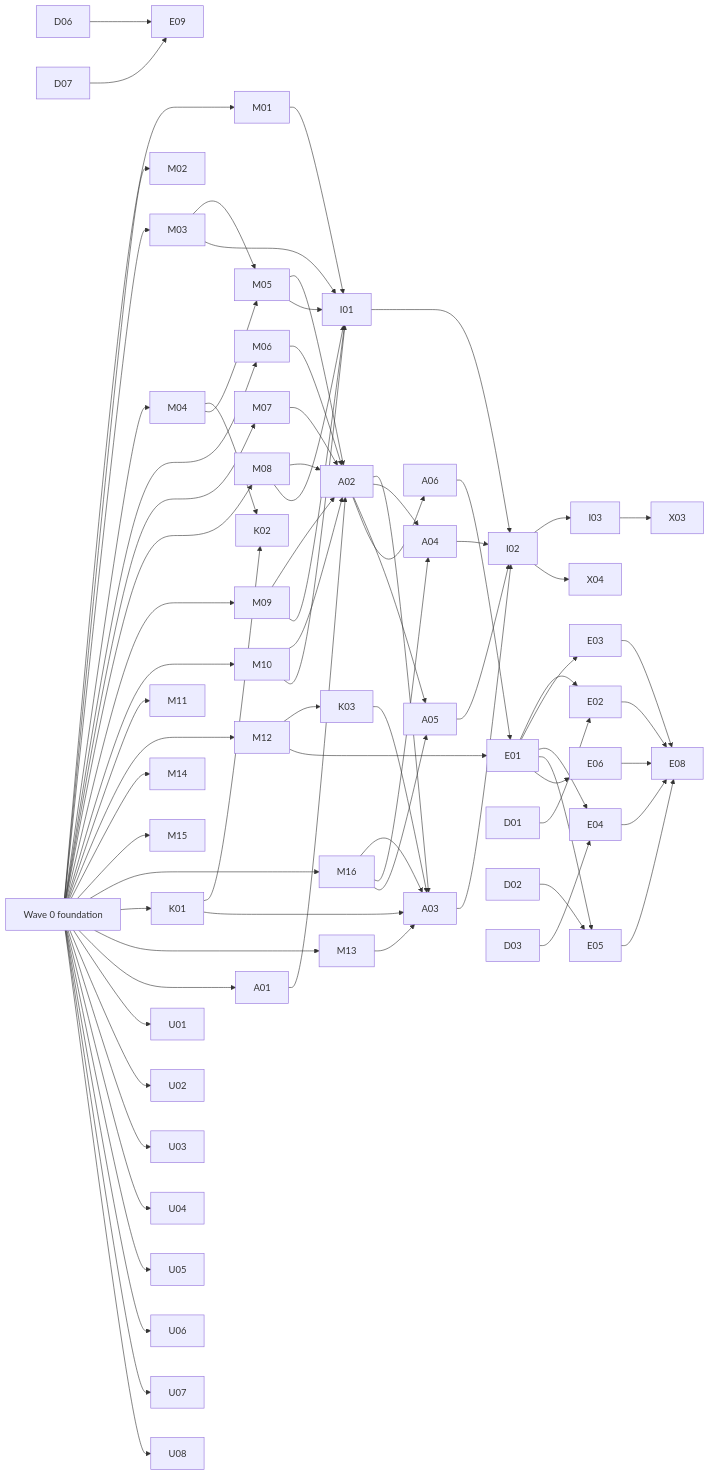
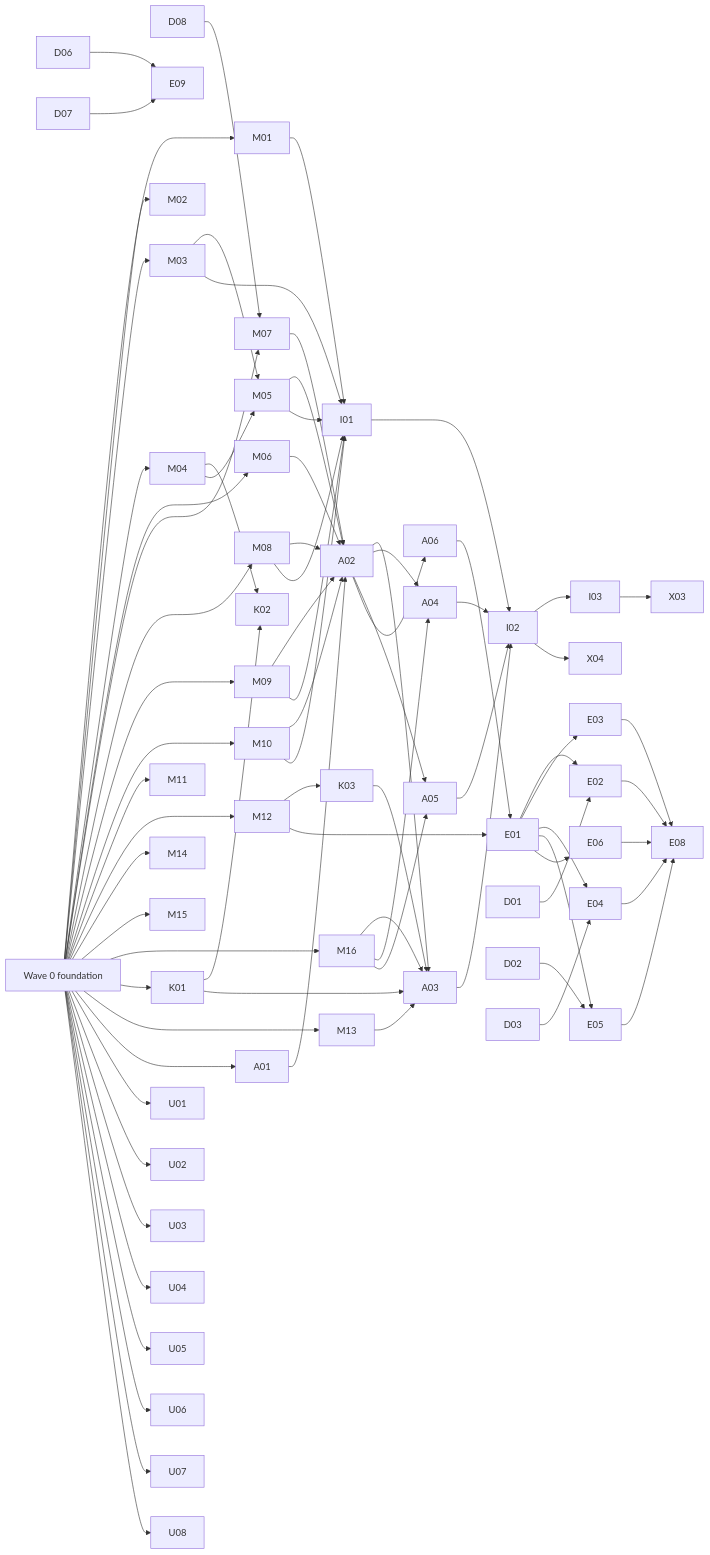
The diagram in docs/specs/ISSUES.md (Pasidu-Mihiranga/Gmora-UniversityOfMoratuwa), drawn with Mermaid before and after one commit. The commit also changed other lines of this file and 5 other files, not shown here.

````diff
--- a/docs/specs/ISSUES.md
+++ b/docs/specs/ISSUES.md
@@ -38,29 +38,30 @@
 ```mermaid
 flowchart LR
+  D08 --> M07
   W0[Wave 0 foundation] --> M01 & M02 & M03 & M04 & M06 & M07 & M08 & M09 & M10 & M11 & M12 & M14 & M15 & M16 & K01
   K01 --> K02
   M04 --> K02
   M12 --> K03
   K01 & K03 --> A03
   D06 & D07 --> E09
   M04 --> M05
   M03 --> M05
   W0 --> M13
   W0 --> A01
   A01 --> A02
   M05 & M06 & M07 & M08 & M09 & M10 --> A02
   A02 --> A03 & A04 & A05 & A06
   M16 --> A03 & A04 & A05
   M13 --> A03
   W0 --> U01 & U02 & U03 & U04 & U05 & U06 & U07 & U08
   M05 & M09 & M01 & M03 & M08 & M10 --> I01
   A03 & A04 & A05 & I01 --> I02
   A06 & M12 --> E01
   E01 --> E02 & E03 & E04 & E05 & E06
   D01 --> E02
   D02 --> E05
   D03 --> E04
   I02 --> I03 --> X03
   E02 & E03 & E04 & E05 & E06 --> E08
   I02 --> X04
 ```
````
